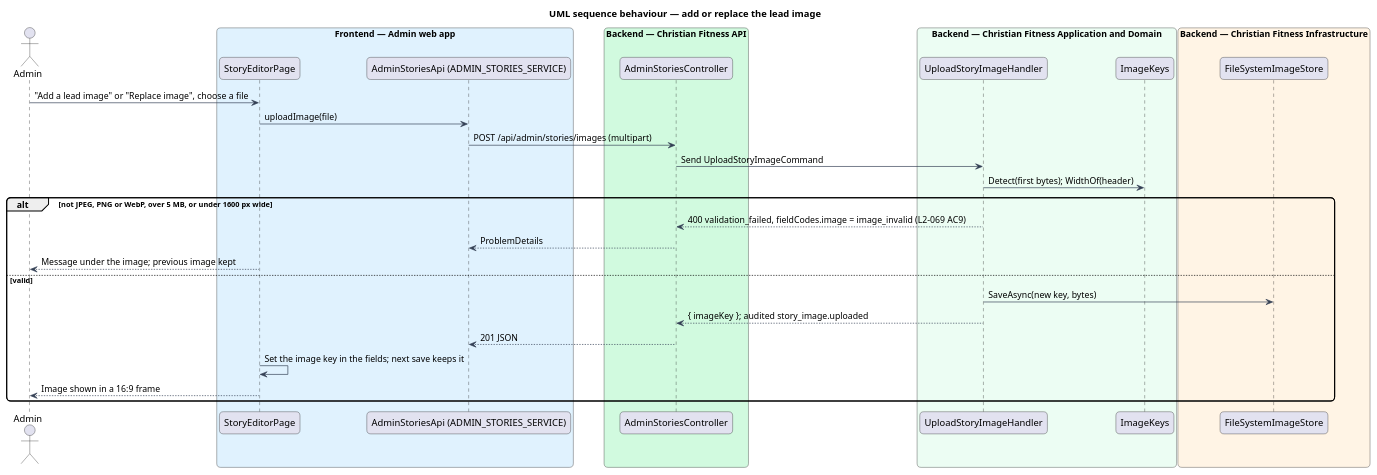
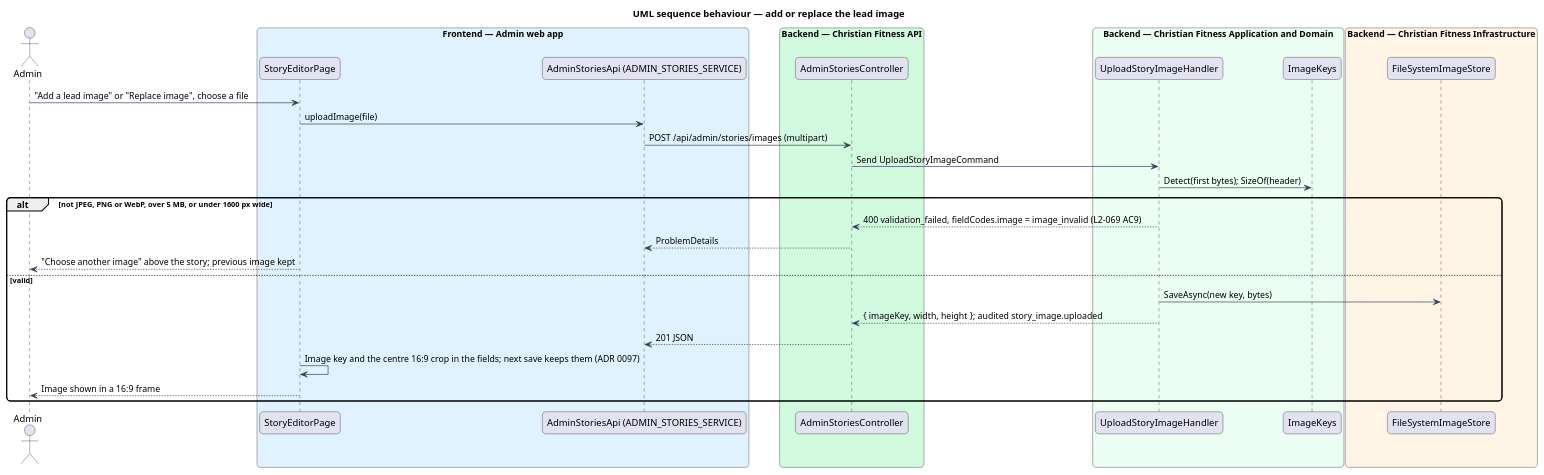
The diagram in docs/detailed-designs/publishing/write-review-publish-story/diagrams/sequence-upload-image.puml (QuinntyneBrown/christian-fitness), drawn with PlantUML before and after one commit. The commit also changed 33 other files, not shown here.

First line of the commit message:
Journey 22 slice 6: a lead image at least 1600 px wide, added through the dropzone, cropped to 16:9 at its centre

```diff
--- a/docs/detailed-designs/publishing/write-review-publish-story/diagrams/sequence-upload-image.puml
+++ b/docs/detailed-designs/publishing/write-review-publish-story/diagrams/sequence-upload-image.puml
@@ -1,39 +1,39 @@
 @startuml
 title UML sequence behaviour — add or replace the lead image
 skinparam backgroundColor #FFFFFF
 skinparam shadowing false
 skinparam roundcorner 12
 skinparam defaultFontName Arial
 skinparam ArrowColor #344054
 actor "Admin" as actor
 box "Frontend — Admin web app" #E0F2FE
   participant "StoryEditorPage" as page
   participant "AdminStoriesApi (ADMIN_STORIES_SERVICE)" as client
 end box
 box "Backend — Christian Fitness API" #D1FADF
   participant "AdminStoriesController" as ctrl
 end box
 box "Backend — Christian Fitness Application and Domain" #ECFDF3
   participant "UploadStoryImageHandler" as h
   participant "ImageKeys" as keys
 end box
 box "Backend — Christian Fitness Infrastructure" #FFF4E5
   participant "FileSystemImageStore" as store
 end box
 actor -> page : "Add a lead image" or "Replace image", choose a file
 page -> client : uploadImage(file)
 client -> ctrl : POST /api/admin/stories/images (multipart)
 ctrl -> h : Send UploadStoryImageCommand
-h -> keys : Detect(first bytes); WidthOf(header)
+h -> keys : Detect(first bytes); SizeOf(header)
 alt not JPEG, PNG or WebP, over 5 MB, or under 1600 px wide
   h --> ctrl : 400 validation_failed, fieldCodes.image = image_invalid (L2-069 AC9)
   ctrl --> client : ProblemDetails
-  page --> actor : Message under the image; previous image kept
+  page --> actor : "Choose another image" above the story; previous image kept
 else valid
   h -> store : SaveAsync(new key, bytes)
-  h --> ctrl : { imageKey }; audited story_image.uploaded
+  h --> ctrl : { imageKey, width, height }; audited story_image.uploaded
   ctrl --> client : 201 JSON
-  page -> page : Set the image key in the fields; next save keeps it
+  page -> page : Image key and the centre 16:9 crop in the fields; next save keeps them (ADR 0097)
   page --> actor : Image shown in a 16:9 frame
 end
 @enduml
```
